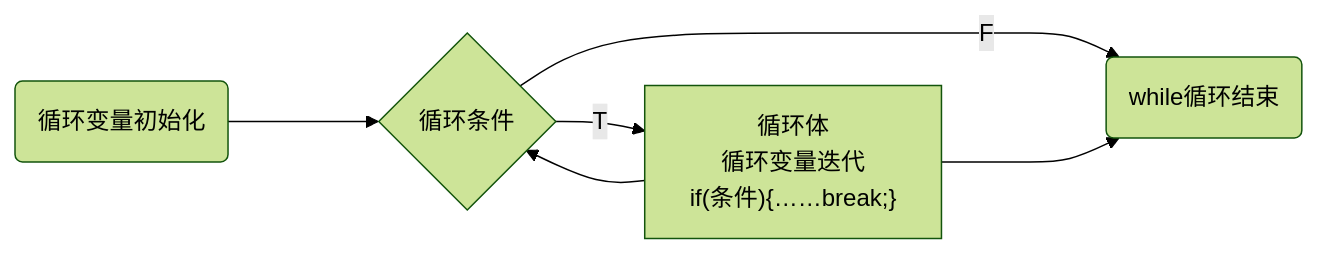
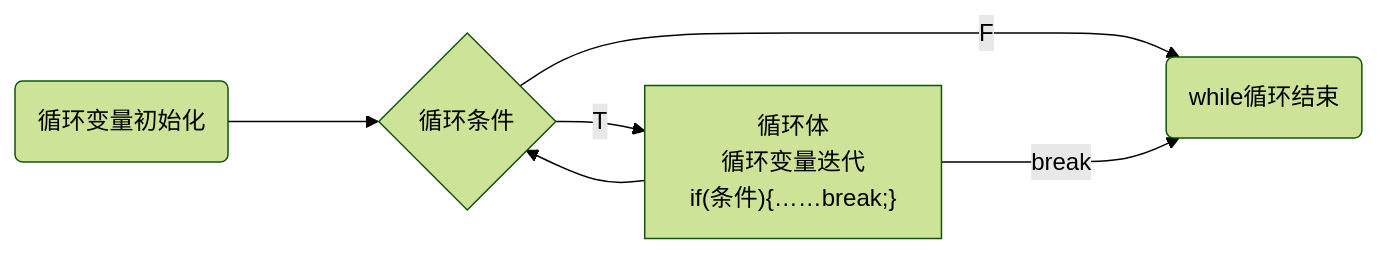
Before and after one commit to Stolorzs/NewJava: the diagram in docs/Javastudy/break.md, drawn with Mermaid (forest theme). The commit also changed other lines of this file and 42 other files, not shown here.

````diff
--- a/docs/Javastudy/break.md
+++ b/docs/Javastudy/break.md
@@ -13,6 +14,6 @@
 ```mermaid
 graph LR;
 1(循环变量初始化)--->2{循环条件}---->|F|3(while循环结束)
 2-->|T|4["循环体 \n循环变量迭代\nif(条件){……break;}"]-->2
-4-->3
+4-->|break|3
 ```
````
